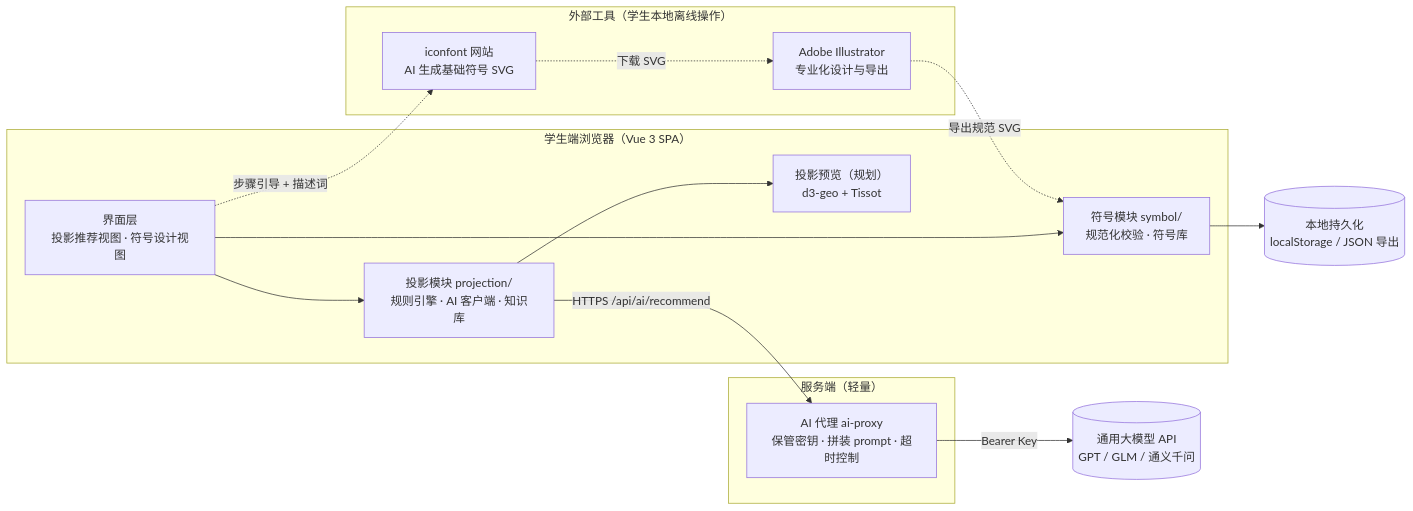
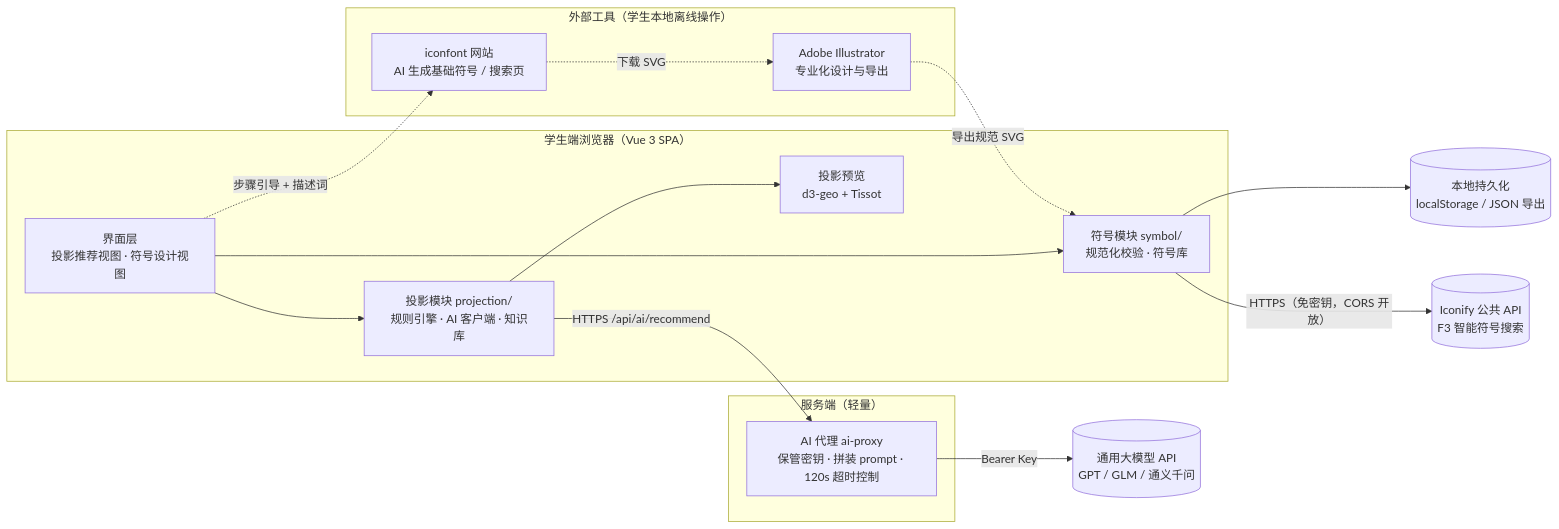
Before and after one commit to hqj00/studentmap: the first of 3 diagrams in spec/04-架构设计.md, drawn with Mermaid. The commit also changed other lines of this file and 92 other files, not shown here.

````diff
--- a/spec/04-架构设计.md
+++ b/spec/04-架构设计.md
@@ -9,31 +9,33 @@
 ```mermaid
 flowchart LR
   subgraph Client["学生端浏览器（Vue 3 SPA）"]
     UI["界面层<br/>投影推荐视图 · 符号设计视图"]
     PM["投影模块 projection/<br/>规则引擎 · AI 客户端 · 知识库"]
     SM["符号模块 symbol/<br/>规范化校验 · 符号库"]
-    PV["投影预览（规划）<br/>d3-geo + Tissot"]
+    PV["投影预览<br/>d3-geo + Tissot"]
     UI --> PM
     UI --> SM
     PM --> PV
   end
 
   subgraph Server["服务端（轻量）"]
-    AP["AI 代理 ai-proxy<br/>保管密钥 · 拼装 prompt · 超时控制"]
+    AP["AI 代理 ai-proxy<br/>保管密钥 · 拼装 prompt · 120s 超时控制"]
   end
 
   LLM[("通用大模型 API<br/>GPT / GLM / 通义千问")]
   LS[("本地持久化<br/>localStorage / JSON 导出")]
+  IC[("Iconify 公共 API<br/>F3 智能符号搜索")]
 
   subgraph External["外部工具（学生本地离线操作）"]
-    IF["iconfont 网站<br/>AI 生成基础符号 SVG"]
+    IF["iconfont 网站<br/>AI 生成基础符号 / 搜索页"]
     AI["Adobe Illustrator<br/>专业化设计与导出"]
   end
 
   PM -->|"HTTPS /api/ai/recommend"| AP
   AP -->|"Bearer Key"| LLM
   SM --> LS
+  SM -->|"HTTPS（免密钥，CORS 开放）"| IC
   UI -. "步骤引导 + 描述词" .-> IF
   IF -. "下载 SVG" .-> AI
   AI -. "导出规范 SVG" .-> SM
 ```
````
